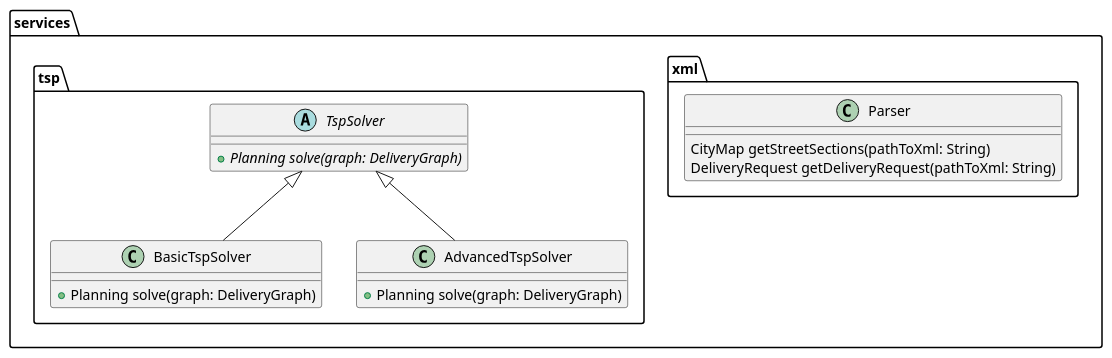
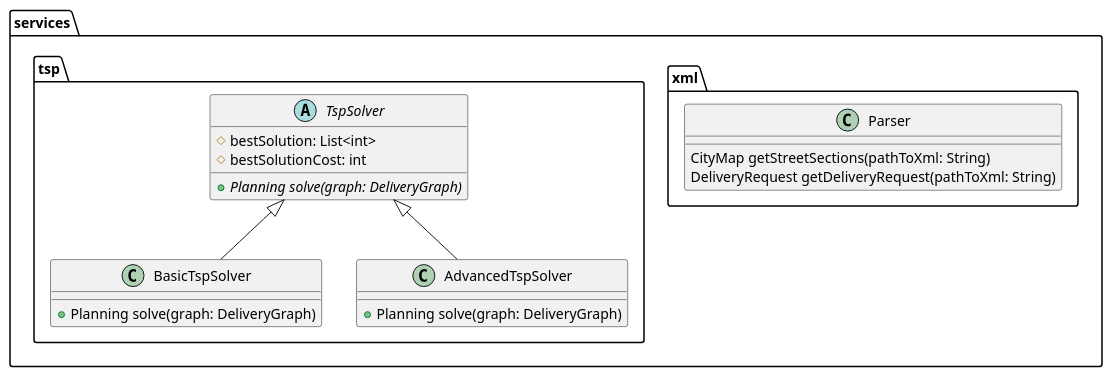
Before and after one commit to if-h4102/pld-agile: the diagram in docs/uml/package.services.puml, drawn with PlantUML. The commit also changed 1 other file, not shown here.

```diff
--- a/docs/uml/package.services.puml
+++ b/docs/uml/package.services.puml
@@ -1,32 +1,34 @@
 @startuml
 
 package services {
     package xml {
         class Parser {
             CityMap getStreetSections(pathToXml: String)
             DeliveryRequest getDeliveryRequest(pathToXml: String)
         }
     }
 
     package tsp {
         abstract class TspSolver {
+            #bestSolution: List<int>
+            #bestSolutionCost: int
             +{abstract} Planning solve(graph: DeliveryGraph)
         }
 
         class BasicTspSolver {
             +Planning solve(graph: DeliveryGraph)
         }
 
         class AdvancedTspSolver {
             +Planning solve(graph: DeliveryGraph)
         }
 
         TspSolver <|-- BasicTspSolver
         TspSolver <|-- AdvancedTspSolver
 
     }
 }
 
 
 
 @enduml
```
